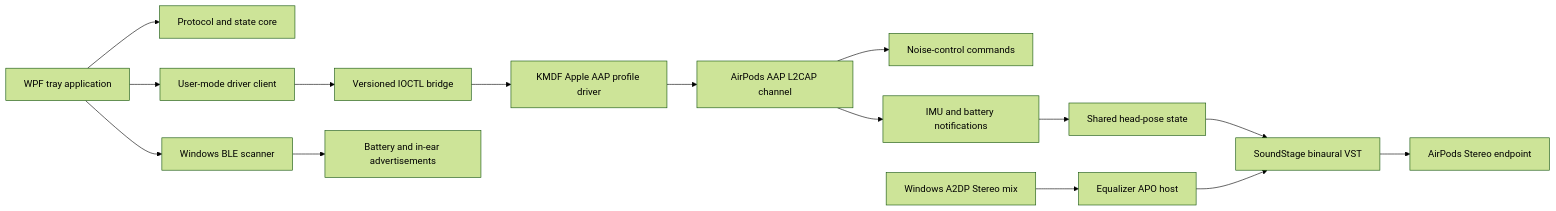
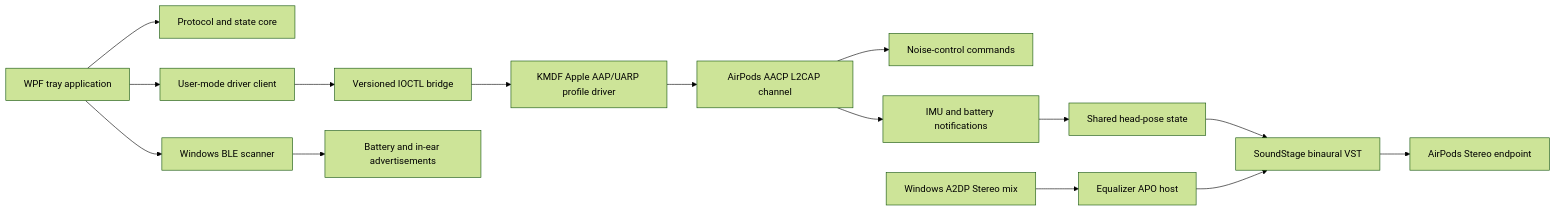
One commit to Apollo-1955/SSAP3 changed the diagram in README.md. Above: the diagram before and after it, drawn with Mermaid (forest theme). The commit also changed other lines of this file and 22 other files, not shown here.

Commit message:
Repair AirPods control path across restarts

````diff
--- a/README.md
+++ b/README.md
@@ -101,17 +109,17 @@
 ```mermaid
 flowchart LR
     UI["WPF tray application"] --> Core["Protocol and state core"]
     UI --> BLE["Windows BLE scanner"]
     UI --> Client["User-mode driver client"]
     Client --> IOCTL["Versioned IOCTL bridge"]
-    IOCTL --> KMDF["KMDF Apple AAP profile driver"]
-    KMDF --> AAP["AirPods AAP L2CAP channel"]
+    IOCTL --> KMDF["KMDF Apple AAP/UARP profile driver"]
+    KMDF --> AAP["AirPods AACP L2CAP channel"]
     BLE --> Adv["Battery and in-ear advertisements"]
     AAP --> Controls["Noise-control commands"]
     AAP --> Motion["IMU and battery notifications"]
     Motion --> State["Shared head-pose state"]
     State --> DSP["SoundStage binaural VST"]
     Audio["Windows A2DP Stereo mix"] --> APO["Equalizer APO host"]
     APO --> DSP
     DSP --> AirPods["AirPods Stereo endpoint"]
 ```
````
